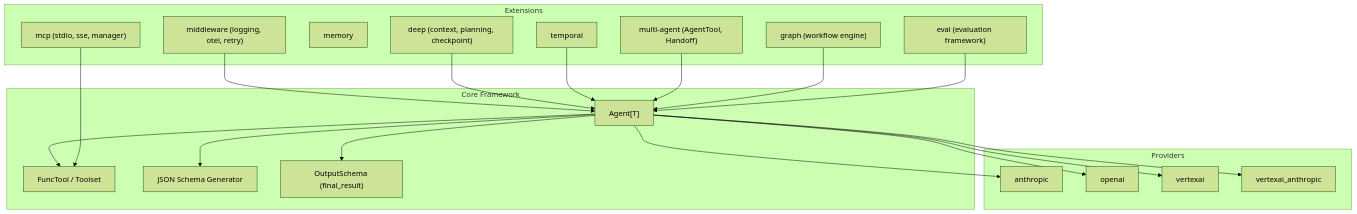
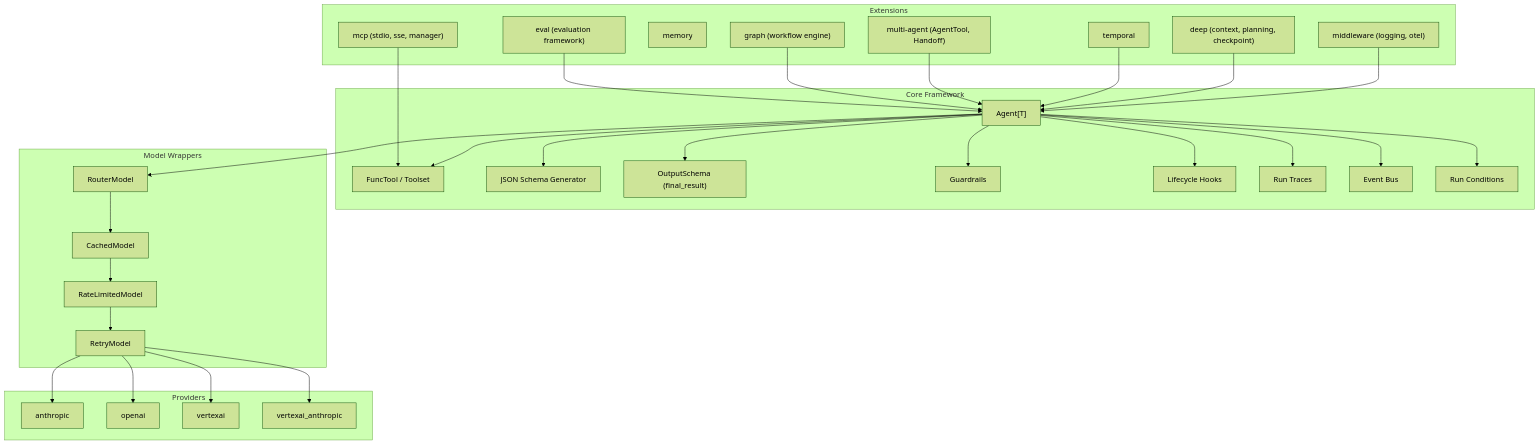
Before and after one commit to dazeb/gollem: the diagram in README.md, drawn with Mermaid (forest theme). The commit also changed other lines of this file, not shown here.

````diff
--- a/README.md
+++ b/README.md
@@ -258,42 +353,63 @@
 ```mermaid
 graph TD
     subgraph "Core Framework"
         Agent["Agent[T]"]
         Tools["FuncTool / Toolset"]
         Schema["JSON Schema Generator"]
         Output["OutputSchema (final_result)"]
+        Guardrails["Guardrails"]
+        Hooks["Lifecycle Hooks"]
+        Traces["Run Traces"]
+        EventBus["Event Bus"]
+        Conditions["Run Conditions"]
+    end
+
+    subgraph "Model Wrappers"
+        Retry["RetryModel"]
+        RateLimit["RateLimitedModel"]
+        Cache["CachedModel"]
+        Router["RouterModel"]
     end
 
     subgraph "Providers"
         Anthropic["anthropic"]
         OpenAI["openai"]
         VertexAI["vertexai"]
         VertexAnthropic["vertexai_anthropic"]
     end
 
     subgraph "Extensions"
-        Middleware["middleware (logging, otel, retry)"]
+        Middleware["middleware (logging, otel)"]
         MCP["mcp (stdio, sse, manager)"]
         Memory["memory"]
         Deep["deep (context, planning, checkpoint)"]
         Temporal["temporal"]
         MultiAgent["multi-agent (AgentTool, Handoff)"]
         Graph["graph (workflow engine)"]
         Eval["eval (evaluation framework)"]
     end
 
     Agent --> Tools
     Agent --> Schema
     Agent --> Output
-    Agent --> Anthropic
-    Agent --> OpenAI
-    Agent --> VertexAI
-    Agent --> VertexAnthropic
+    Agent --> Guardrails
+    Agent --> Hooks
+    Agent --> Traces
+    Agent --> EventBus
+    Agent --> Conditions
+    Retry --> Anthropic
+    Retry --> OpenAI
+    Retry --> VertexAI
+    Retry --> VertexAnthropic
+    RateLimit --> Retry
+    Cache --> RateLimit
+    Router --> Cache
+    Agent --> Router
     Middleware --> Agent
     MCP --> Tools
     Deep --> Agent
     Temporal --> Agent
     MultiAgent --> Agent
     Graph --> Agent
     Eval --> Agent
 ```
````
